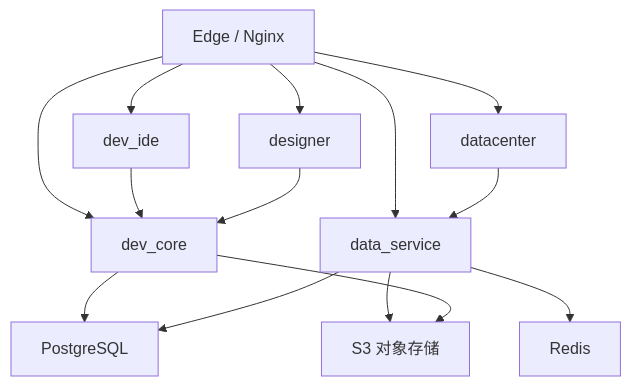
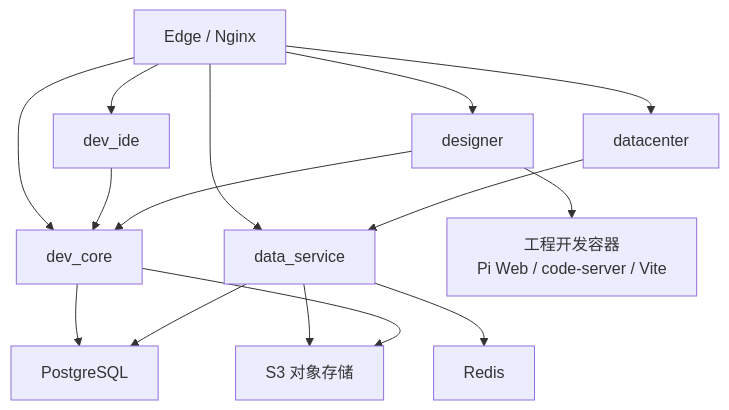
The diagram in docs/02-系统设计/平台开发与管理系统架构.md (hsworld-top/InduForge), drawn with Mermaid before and after one commit. The commit also changed other lines of this file and 110 other files, not shown here.

````diff
--- a/docs/02-系统设计/平台开发与管理系统架构.md
+++ b/docs/02-系统设计/平台开发与管理系统架构.md
@@ -22,16 +22,17 @@
 ```mermaid
 graph TB
     Edge["Edge / Nginx"] --> IDE["dev_ide"]
     Edge --> DC["datacenter"]
     Edge --> Designer["designer"]
     Edge --> Core["dev_core"]
     Edge --> DS["data_service"]
     IDE --> Core
     DC --> DS
     Designer --> Core
+    Designer --> Workspace["工程开发容器<br/>Pi Web / code-server / Vite"]
     Core --> DB["PostgreSQL"]
     DS --> DB
     DS --> Redis
     DS --> S3["S3 对象存储"]
     Core --> S3
 ```
````
